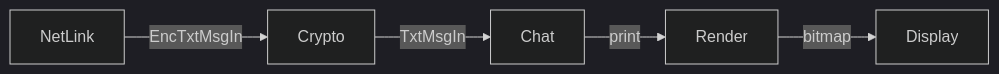
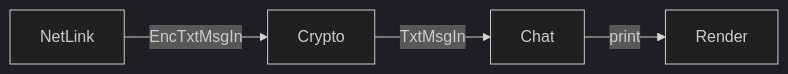
The third of 6 diagrams in Architecture.md (fluffy/bare-rust), drawn with Mermaid (dark theme) before and after one commit. The commit also changed other lines of this file and 4 other files, not shown here.

````diff
--- a/Architecture.md
+++ b/Architecture.md
@@ -87,7 +85,6 @@
 ```mermaid
 flowchart LR
     A[NetLink] -->|EncTxtMsgIn| B[Crypto]
     B -->|TxtMsgIn| C[Chat]
     C -->|print| J[Render]
-    J -->|bitmap| K[Display]
 ```
````
